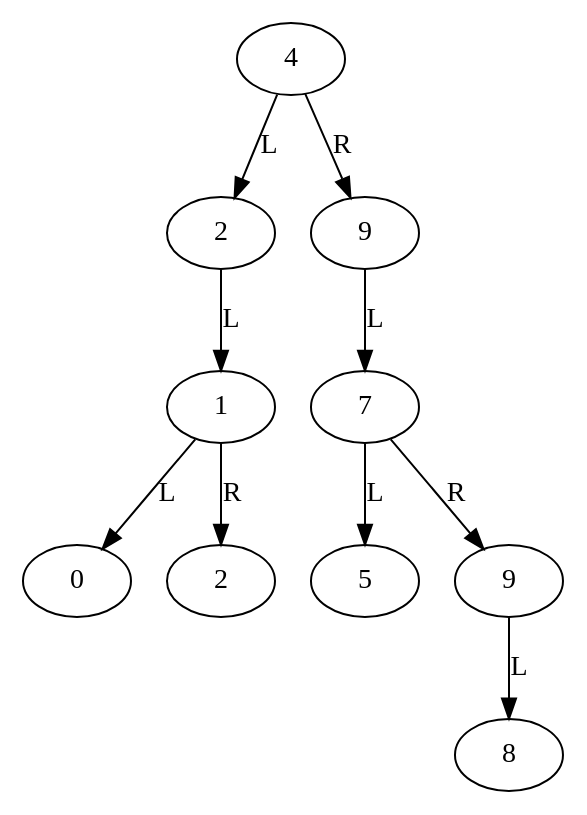
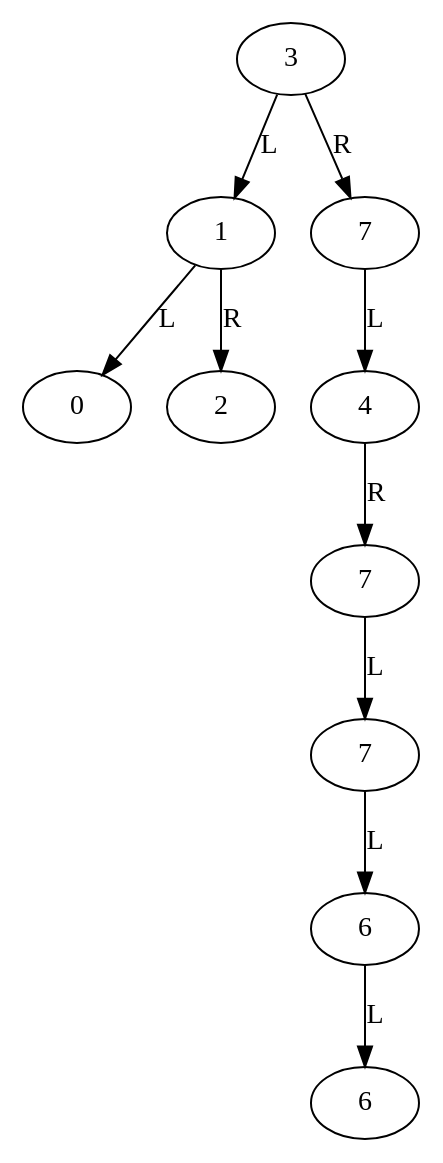
The diagram in BST.gv (JohnMengesCareer/InterviewQuestions), drawn with Graphviz before and after one commit. The commit also changed 5 other files, not shown here.

```diff
--- a/BST.gv
+++ b/BST.gv
@@ -1,21 +1,20 @@
-digraph Tree {
-  990234593 [label="4"]
-  990234593 -> 1207838059 [label="L"]
-  1207838059 [label="2"]
-  1207838059 -> 2118826169 [label="L"]
-  2118826169 [label="1"]
-  2118826169 -> 1537587829 [label="L"]
-  1537587829 [label="0"]
-  2118826169 -> 1567917652 [label="R"]
-  1567917652 [label="2"]
-  990234593 -> 220144827 [label="R"]
-  220144827 [label="9"]
-  220144827 -> 2007267255 [label="L"]
-  2007267255 [label="7"]
-  2007267255 -> 1320144062 [label="L"]
-  1320144062 [label="5"]
-  2007267255 -> 2007692877 [label="R"]
-  2007692877 [label="9"]
-  2007692877 -> 2031122075 [label="L"]
-  2031122075 [label="8"]
+digraph bst {  357218532 [label="3"]
+  357218532 -> 1555073959 [label="L"]
+  1555073959 [label="1"]
+  1555073959 -> 1252044923 [label="L"]
+  1252044923 [label="0"]
+  1555073959 -> 2074247555 [label="R"]
+  2074247555 [label="2"]
+  357218532 -> 1776615134 [label="R"]
+  1776615134 [label="7"]
+  1776615134 -> 957929250 [label="L"]
+  957929250 [label="4"]
+  957929250 -> 232003191 [label="R"]
+  232003191 [label="7"]
+  232003191 -> 1594811832 [label="L"]
+  1594811832 [label="7"]
+  1594811832 -> 1259062217 [label="L"]
+  1259062217 [label="6"]
+  1259062217 -> 1902307228 [label="L"]
+  1902307228 [label="6"]
 }
```
